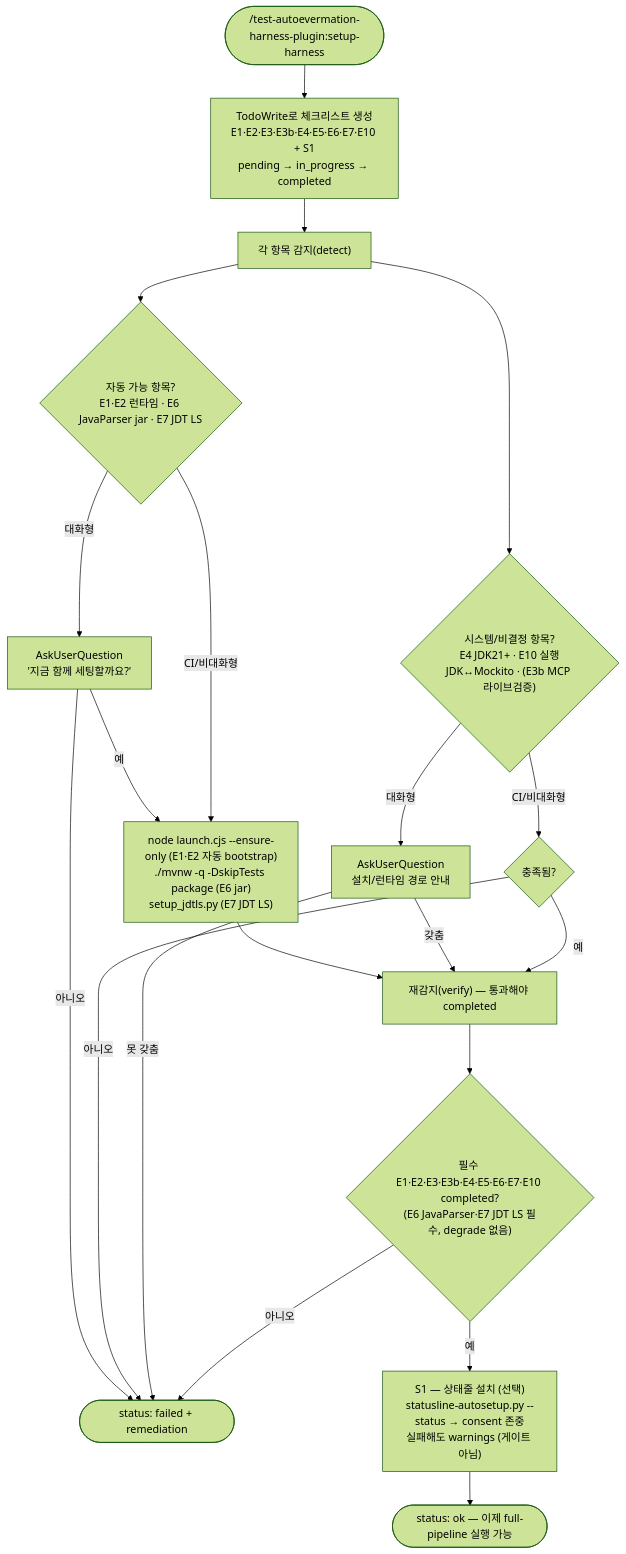
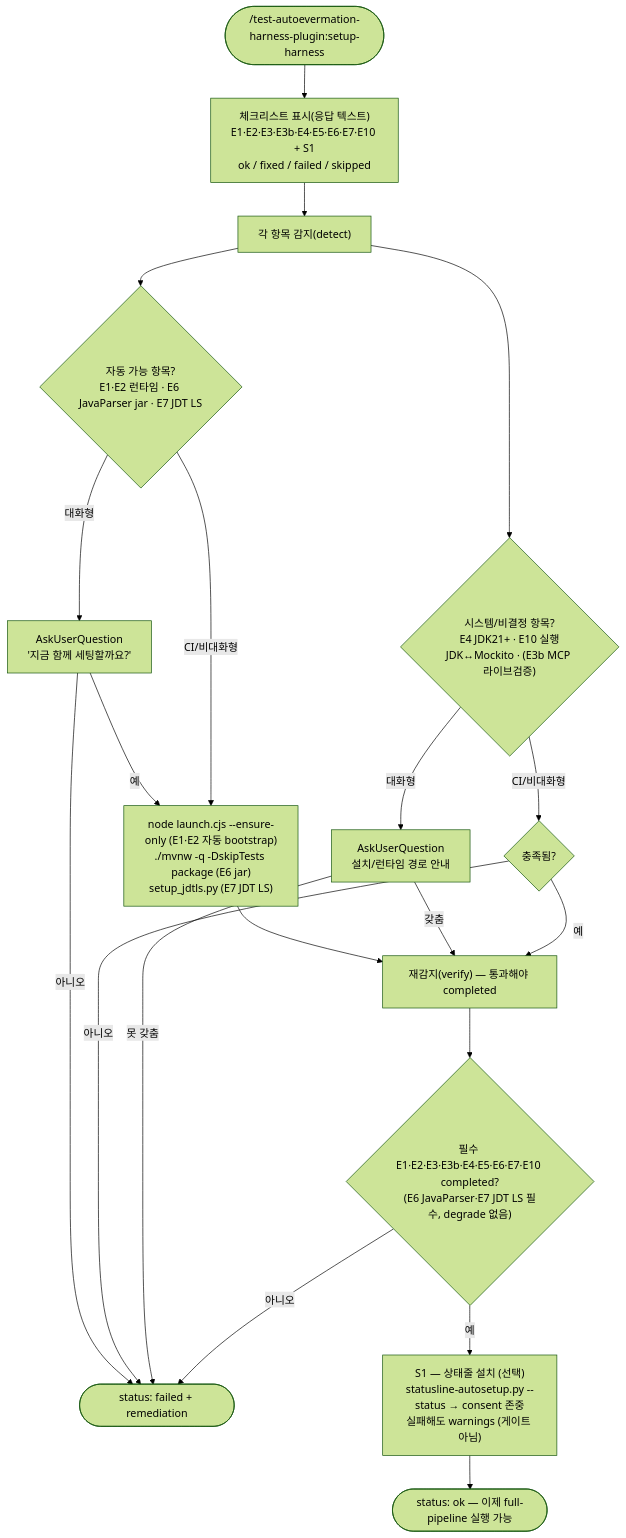
The second of 8 diagrams in test-autoevermation-harness-plugin/docs/pipeline-flow.md (1223v/test-autoevermation-harness), drawn with Mermaid (forest theme) before and after one commit. The commit also changed other lines of this file and 46 other files, not shown here.

````diff
--- a/test-autoevermation-harness-plugin/docs/pipeline-flow.md
+++ b/test-autoevermation-harness-plugin/docs/pipeline-flow.md
@@ -80,26 +80,26 @@
 ```mermaid
 flowchart TD
-    Start(["/test-autoevermation-harness-plugin:setup-harness"]) --> Todo["TodoWrite로 체크리스트 생성<br/>E1·E2·E3·E3b·E4·E5·E6·E7·E10 + S1<br/>pending → in_progress → completed"]
+    Start(["/test-autoevermation-harness-plugin:setup-harness"]) --> Todo["체크리스트 표시(응답 텍스트)<br/>E1·E2·E3·E3b·E4·E5·E6·E7·E10 + S1<br/>ok / fixed / failed / skipped"]
     Todo --> Detect["각 항목 감지(detect)"]
 
     Detect --> Auto{"자동 가능 항목?<br/>E1·E2 런타임 · E6 JavaParser jar · E7 JDT LS"}
     Auto -- "대화형" --> AskA["AskUserQuestion<br/>'지금 함께 세팅할까요?'"]
     AskA -- "예" --> RunA["node launch.cjs --ensure-only (E1·E2 자동 bootstrap)<br/>./mvnw -q -DskipTests package (E6 jar)<br/>setup_jdtls.py (E7 JDT LS)"]
     AskA -- "아니오" --> FailE(["status: failed + remediation"])
     Auto -- "CI/비대화형" --> RunA
     RunA --> Verify["재감지(verify) — 통과해야 completed"]
 
     Detect --> Assist{"시스템/비결정 항목?<br/>E4 JDK21+ · E10 실행JDK↔Mockito · (E3b MCP 라이브검증)"}
     Assist -- "대화형" --> AskB["AskUserQuestion<br/>설치/런타임 경로 안내"]
     Assist -- "CI/비대화형" --> CIstop{"충족됨?"}
     CIstop -- "아니오" --> FailE
     AskB -- "못 갖춤" --> FailE
     AskB -- "갖춤" --> Verify
     CIstop -- "예" --> Verify
 
     Gate{"필수 E1·E2·E3·E3b·E4·E5·E6·E7·E10 completed?<br/>(E6 JavaParser·E7 JDT LS 필수, degrade 없음)"}
     Verify --> Gate
     Gate -- "아니오" --> FailE
     Gate -- "예" --> S1["S1 — 상태줄 설치 (선택)<br/>statusline-autosetup.py --status → consent 존중<br/>실패해도 warnings (게이트 아님)"]
     S1 --> Ok(["status: ok — 이제 full-pipeline 실행 가능"])
 ```
````
